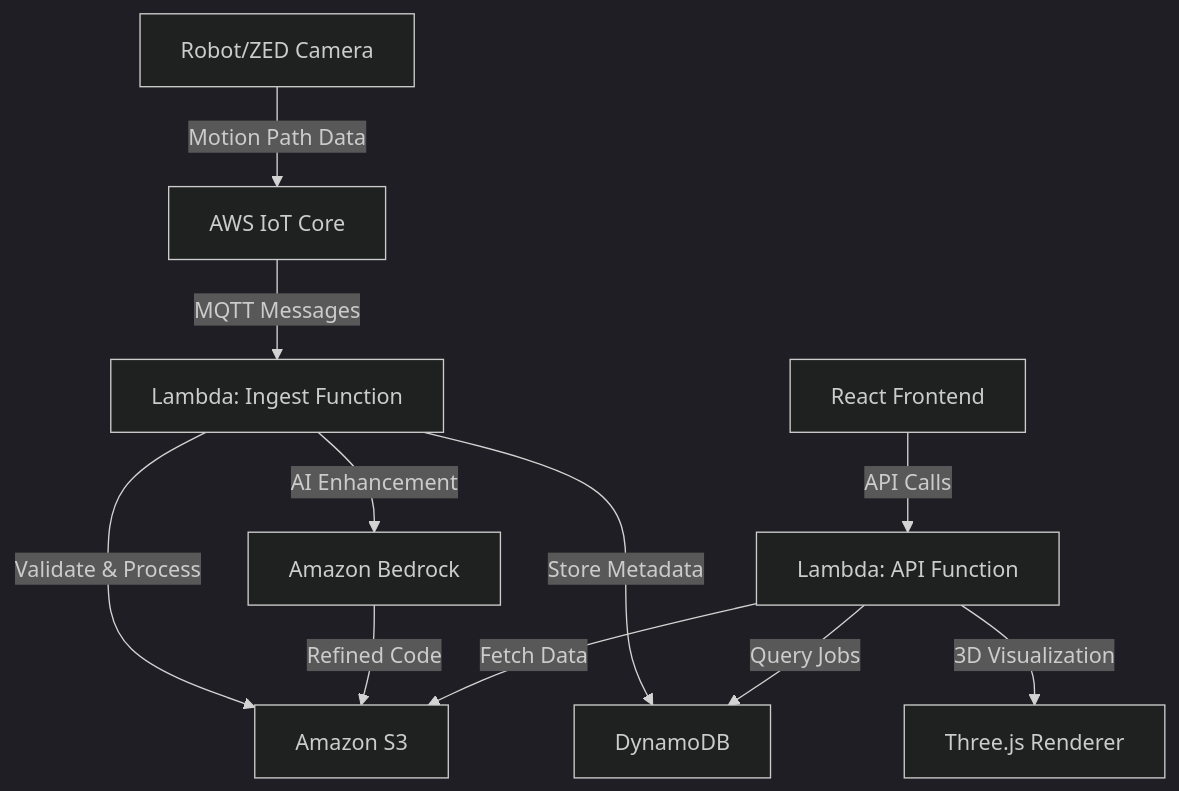
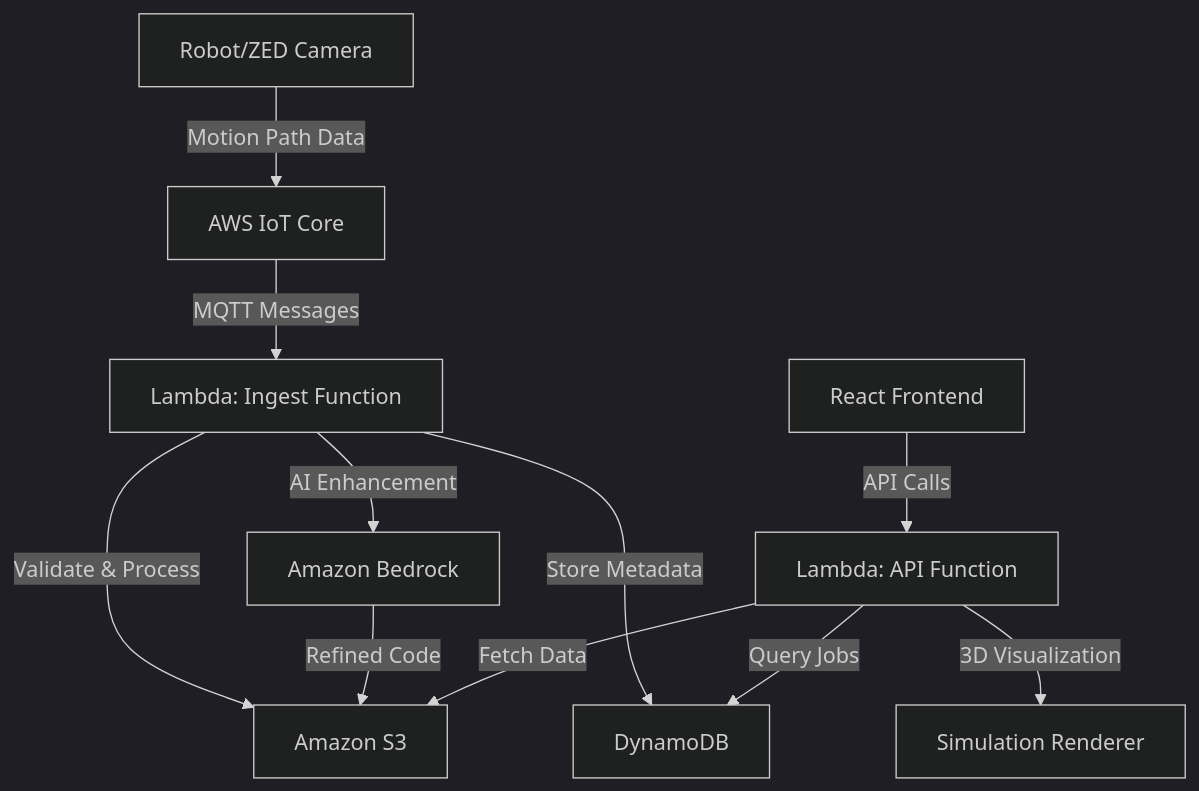
One commit to dbharuka-sudo/aura-bridge-ai changed the diagram in README.md. Above: the diagram before and after it, drawn with Mermaid (dark theme).

Commit message:
Update renderer reference in data flow diagram

````diff
--- a/README.md
+++ b/README.md
@@ -34,13 +34,13 @@
 ```mermaid
 graph TD
     A[Robot/ZED Camera] -->|Motion Path Data| B[AWS IoT Core]
     B -->|MQTT Messages| C[Lambda: Ingest Function]
     C -->|Validate & Process| D[Amazon S3]
     C -->|Store Metadata| E[DynamoDB]
     C -->|AI Enhancement| F[Amazon Bedrock]
     F -->|Refined Code| D
     G[React Frontend] -->|API Calls| H[Lambda: API Function]
     H -->|Fetch Data| D
     H -->|Query Jobs| E
-    H -->|3D Visualization| I[Three.js Renderer]
+    H -->|3D Visualization| I[Simulation Renderer]
 ```
````
